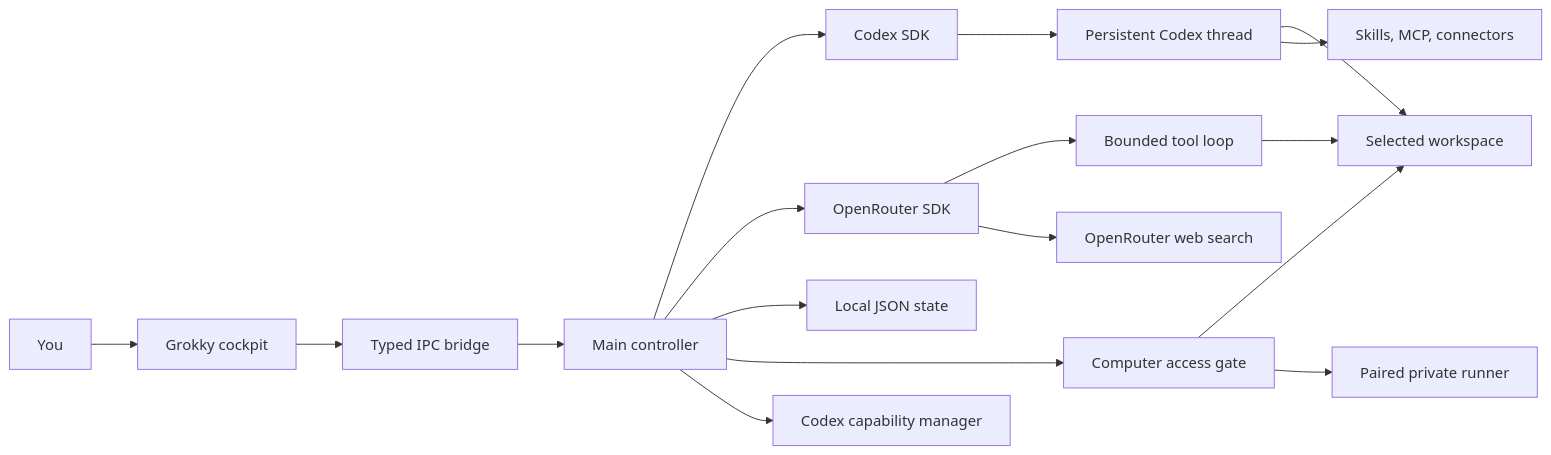
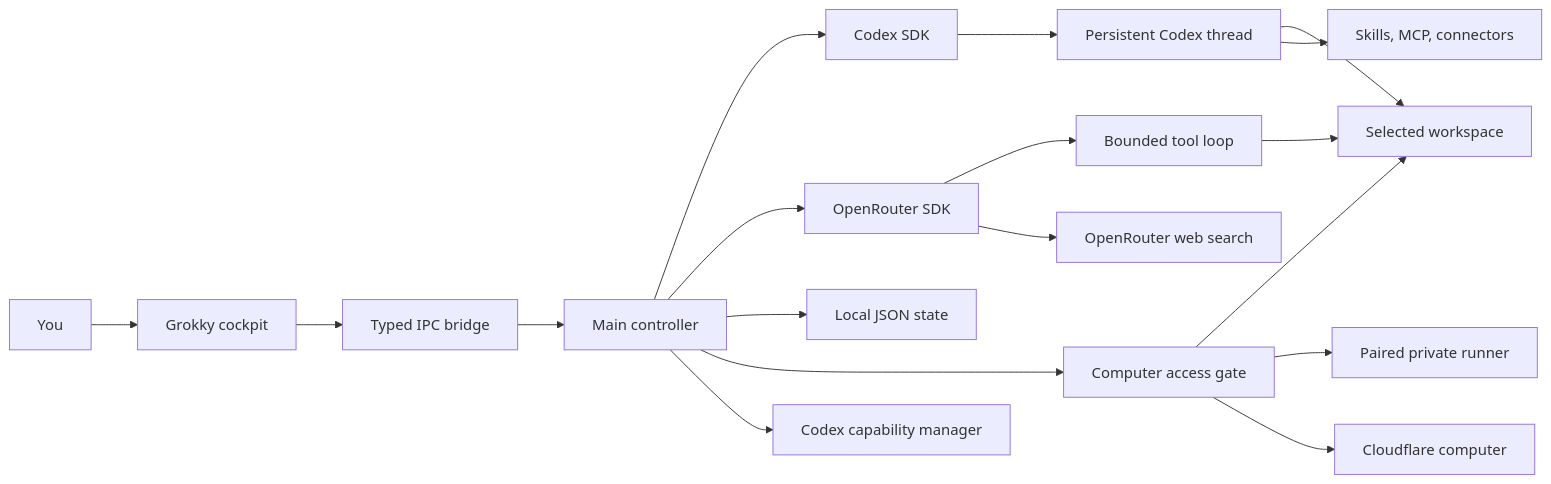
The first of 4 diagrams in README.md (earlyaidopters/grokky), drawn with Mermaid before and after one commit. The commit also changed other lines of this file and 41 other files, not shown here.

````diff
--- a/README.md
+++ b/README.md
@@ -51,23 +56,24 @@
 ```mermaid
 flowchart LR
   U[You] --> UI[Grokky cockpit]
   UI --> B[Typed IPC bridge]
   B --> C[Main controller]
 
   C --> CX[Codex SDK]
   C --> OR[OpenRouter SDK]
   C --> DB[Local JSON state]
   C --> CA[Computer access gate]
   C --> CM[Codex capability manager]
 
   CX --> CT[Persistent Codex thread]
   CT --> CW[Selected workspace]
   CT --> CC[Skills, MCP, connectors]
 
   OR --> OL[Bounded tool loop]
   OL --> CW
   OR --> OW[OpenRouter web search]
 
   CA --> CW
   CA --> RR[Paired private runner]
+  CA --> CF[Cloudflare computer]
 ```
````
